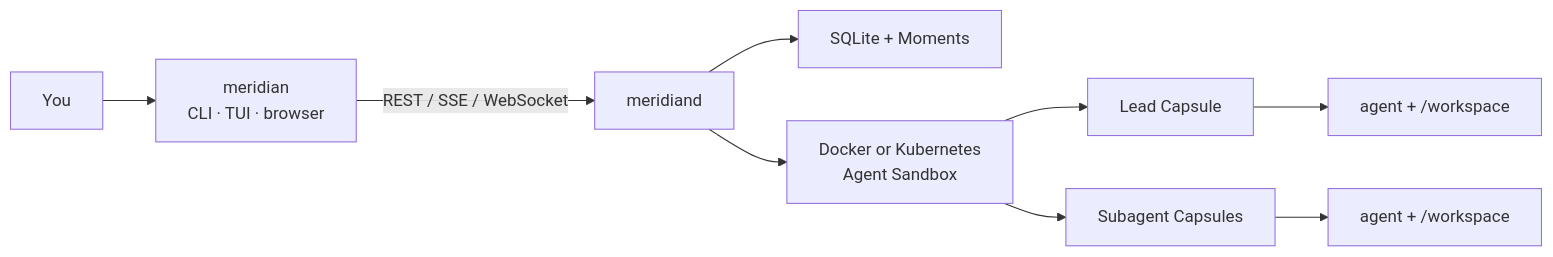
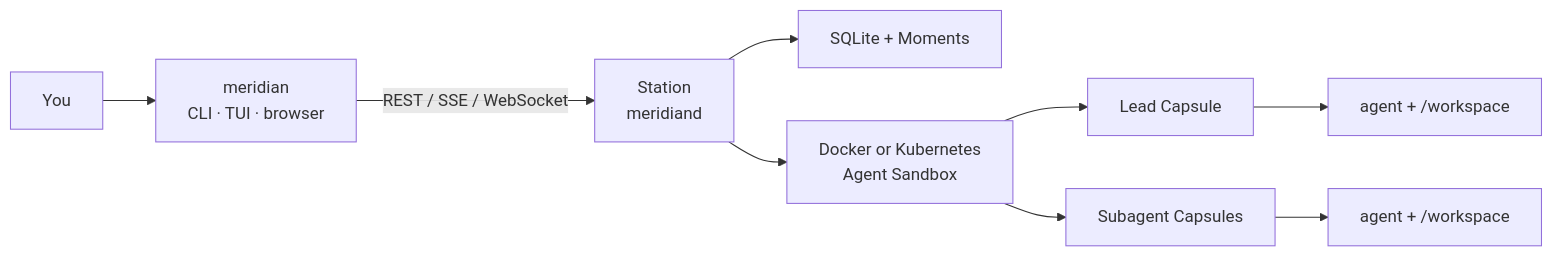
One commit to OrlojHQ/meridian changed the diagram in README.md. Above: the diagram before and after it, drawn with Mermaid. The commit also changed other lines of this file and 17 other files, not shown here.

````diff
--- a/README.md
+++ b/README.md
@@ -346,11 +348,11 @@
 ```mermaid
 flowchart LR
     You["You"] --> Client["meridian<br/>CLI · TUI · browser"]
-    Client -->|"REST / SSE / WebSocket"| Daemon["meridiand"]
+    Client -->|"REST / SSE / WebSocket"| Daemon["Station<br/>meridiand"]
     Daemon --> Store["SQLite + Moments"]
     Daemon --> Provider["Docker or Kubernetes<br/>Agent Sandbox"]
     Provider --> Lead["Lead Capsule"]
     Provider --> Sub["Subagent Capsules"]
     Lead --> Agent["agent + /workspace"]
     Sub --> SubAgent["agent + /workspace"]
 ```
````
